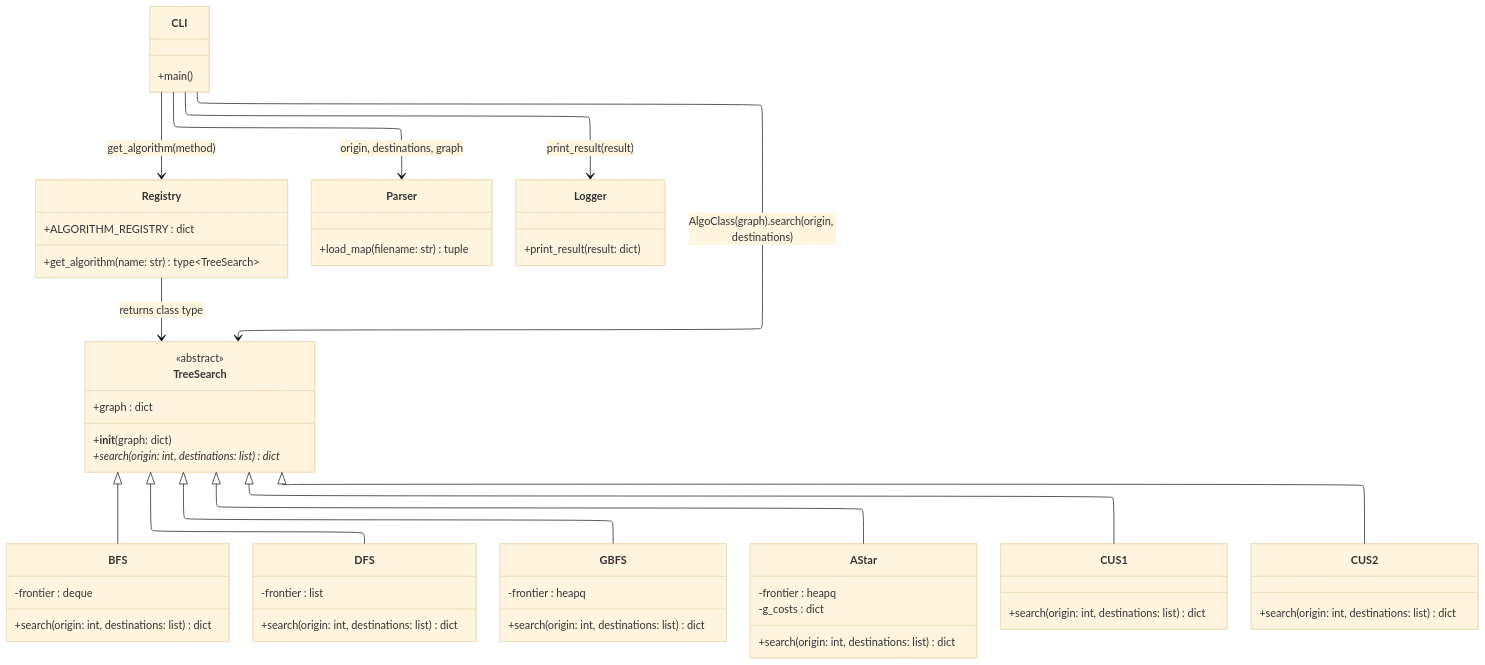
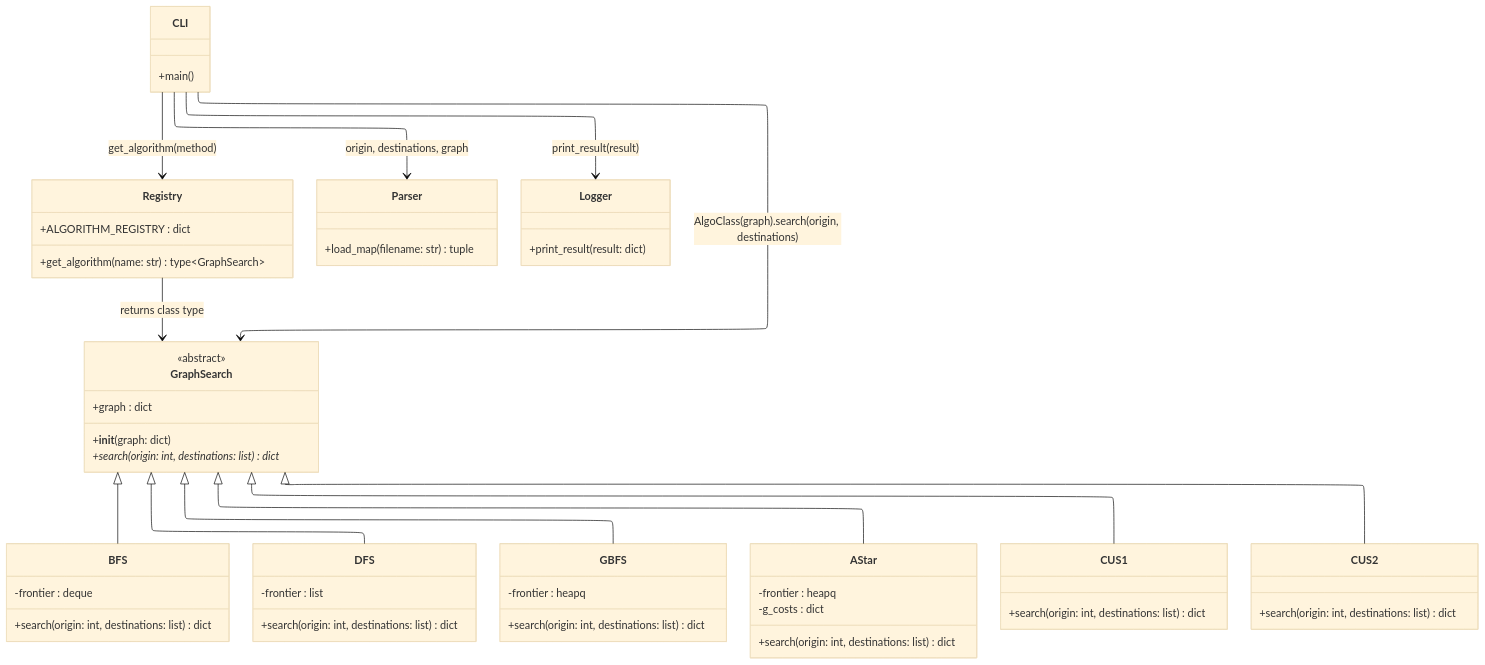
One commit to Showwaiyan/cos30019-assignment-2a changed the diagram in docs/architecture.md. Above: the diagram before and after it, drawn with Mermaid (base theme). The commit also changed other lines of this file and 10 other files, not shown here.

Commit message:
Renamed the TreeSearch class to GraphSearch

````diff
--- a/docs/architecture.md
+++ b/docs/architecture.md
@@ -3,74 +3,74 @@
 ```mermaid
 ---
 config:
   layout: elk
 ---
 classDiagram
     direction TB
 
-    class TreeSearch {
+    class GraphSearch {
         <<abstract>>
         +graph : dict
         +__init__(graph: dict)
         +search(origin: int, destinations: list) dict*
     }
 
     class BFS {
         -frontier : deque
         +search(origin: int, destinations: list) dict
     }
 
     class DFS {
         -frontier : list
         +search(origin: int, destinations: list) dict
     }
 
     class GBFS {
         -frontier : heapq
         +search(origin: int, destinations: list) dict
     }
 
     class AStar {
         -frontier : heapq
         -g_costs : dict
         +search(origin: int, destinations: list) dict
     }
 
     class CUS1 {
         +search(origin: int, destinations: list) dict
     }
 
     class CUS2 {
         +search(origin: int, destinations: list) dict
     }
 
     class Registry {
         +ALGORITHM_REGISTRY : dict
-        +get_algorithm(name: str) type~TreeSearch~
+        +get_algorithm(name: str) type~GraphSearch~
     }
 
     class Parser {
         +load_map(filename: str) tuple
     }
 
     class Logger {
         +print_result(result: dict)
     }
 
     class CLI {
         +main()
     }
 
-    TreeSearch <|-- BFS
-    TreeSearch <|-- DFS
-    TreeSearch <|-- GBFS
-    TreeSearch <|-- AStar
-    TreeSearch <|-- CUS1
-    TreeSearch <|-- CUS2
+    GraphSearch <|-- BFS
+    GraphSearch <|-- DFS
+    GraphSearch <|-- GBFS
+    GraphSearch <|-- AStar
+    GraphSearch <|-- CUS1
+    GraphSearch <|-- CUS2
 
-    Registry --> TreeSearch : returns class type
+    Registry --> GraphSearch : returns class type
     CLI --> Registry : get_algorithm(method)
     CLI --> Parser : origin, destinations, graph
     CLI --> Logger : print_result(result)
-    CLI --> TreeSearch : AlgoClass(graph).search(origin, destinations)
+    CLI --> GraphSearch : AlgoClass(graph).search(origin, destinations)
 ```
````
